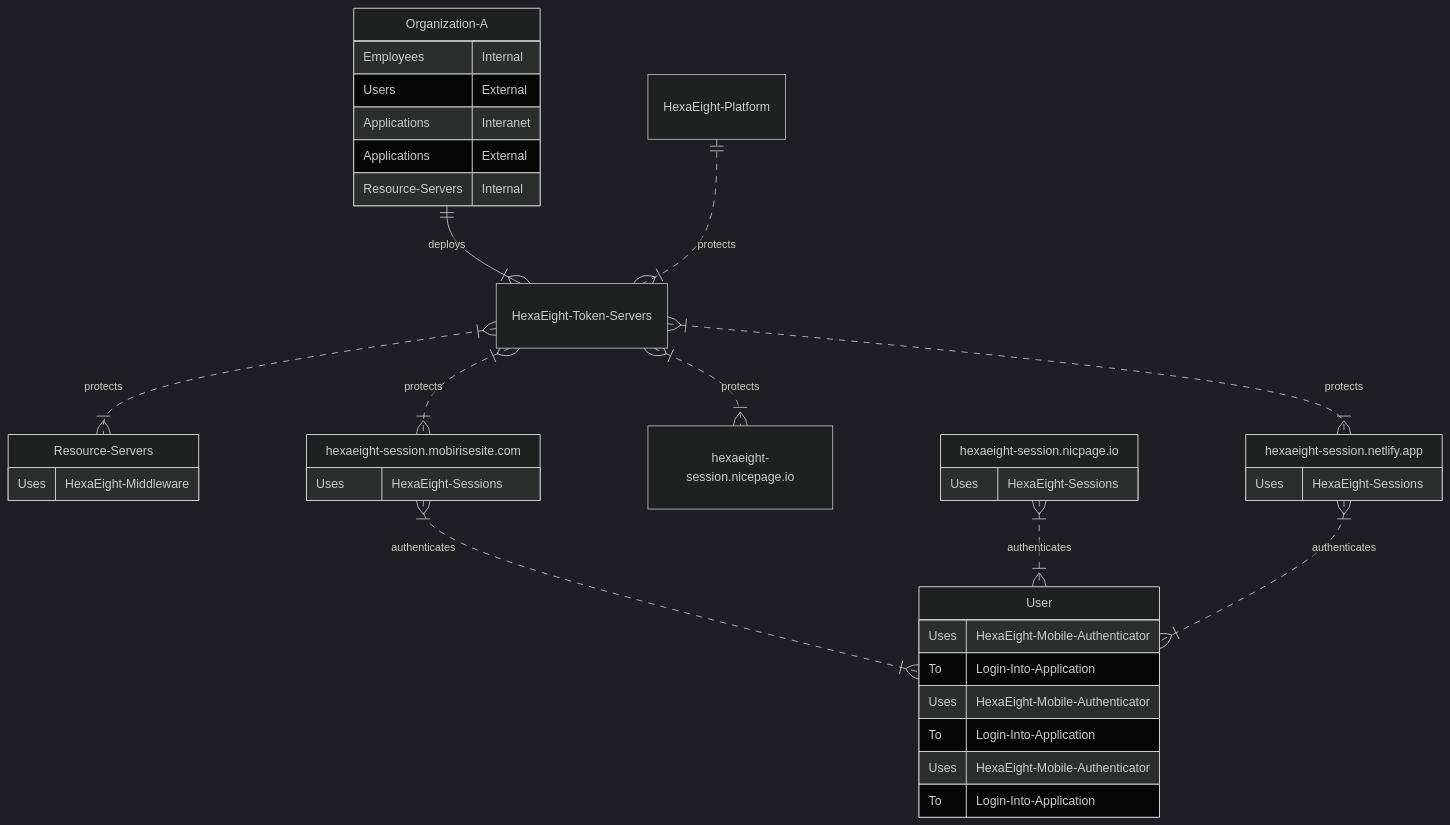
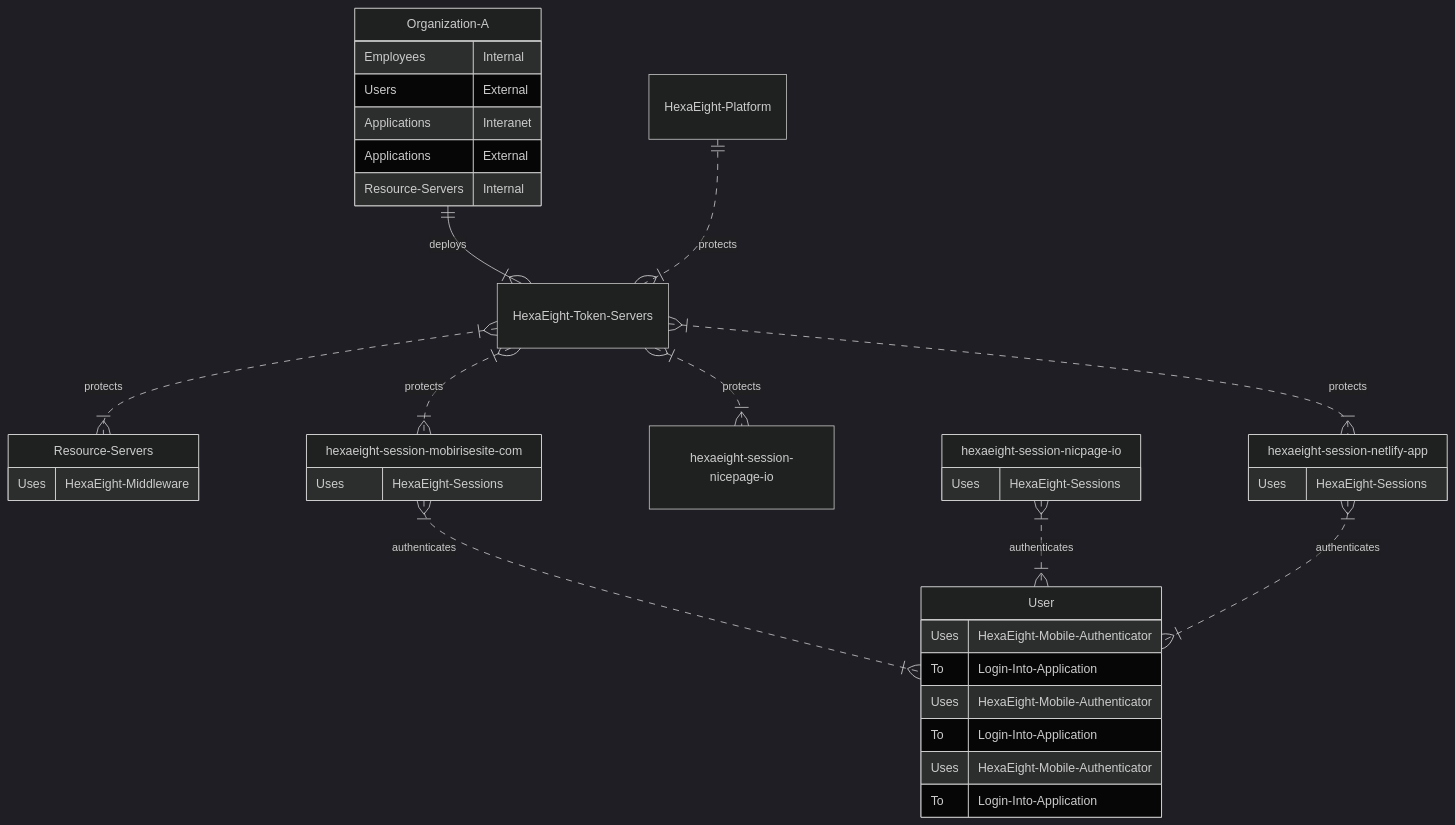
The second of 2 diagrams in README.md (HexaEightTeam/session-js-spa-https), drawn with Mermaid (dark theme) before and after one commit.

````diff
--- a/README.md
+++ b/README.md
@@ -82,44 +82,44 @@
 ```mermaid
 erDiagram
     Organization-A ||--|{ HexaEight-Token-Servers : deploys
         Organization-A {
         Employees Internal
         Users External
         Applications Interanet
 	Applications External
 	Resource-Servers Internal
 	}
 	HexaEight-Platform ||..|{ HexaEight-Token-Servers : protects
 	HexaEight-Token-Servers }|..|{ Resource-Servers : protects
         Resource-Servers {
         Uses HexaEight-Middleware
 	}
-	HexaEight-Token-Servers }|..|{ hexaeight-session.mobirisesite.com : protects
-        hexaeight-session.mobirisesite.com{
+	HexaEight-Token-Servers }|..|{ hexaeight-session-mobirisesite-com : protects
+        hexaeight-session-mobirisesite-com{
 	Uses HexaEight-Sessions
 	}
-	HexaEight-Token-Servers }|..|{ hexaeight-session.nicepage.io : protects
-        hexaeight-session.nicpage.io{
+	HexaEight-Token-Servers }|..|{ hexaeight-session-nicepage-io : protects
+        hexaeight-session-nicpage-io{
 	Uses HexaEight-Sessions
 	}
-	HexaEight-Token-Servers }|..|{ hexaeight-session.netlify.app : protects
-        hexaeight-session.netlify.app{
+	HexaEight-Token-Servers }|..|{ hexaeight-session-netlify-app : protects
+        hexaeight-session-netlify-app{
 	Uses HexaEight-Sessions
 	}
-	hexaeight-session.mobirisesite.com }|..|{ User : authenticates
+	hexaeight-session-mobirisesite-com }|..|{ User : authenticates
         User{
 	Uses HexaEight-Mobile-Authenticator
 	To   Login-Into-Application
 	}
-	hexaeight-session.nicpage.io }|..|{ User : authenticates
+	hexaeight-session-nicpage-io }|..|{ User : authenticates
         User{
 	Uses HexaEight-Mobile-Authenticator
 	To   Login-Into-Application
 	}
-	hexaeight-session.netlify.app }|..|{ User : authenticates
+	hexaeight-session-netlify-app }|..|{ User : authenticates
         User{
 	Uses HexaEight-Mobile-Authenticator
 	To   Login-Into-Application
 	}
 
 ```
````
